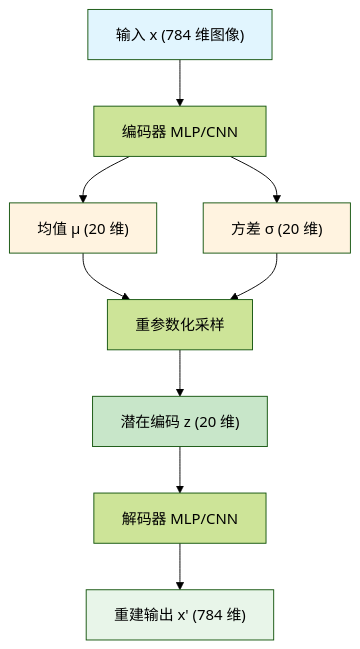
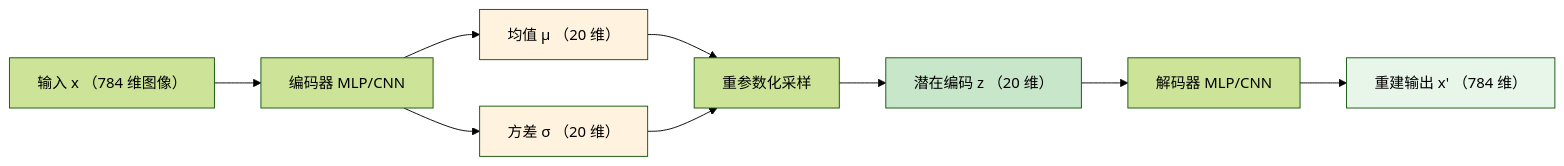
Before and after one commit to fenixsoft/dmla: the fourth of 6 diagrams in docs/deep-learning/generative-models/vae.md, drawn with Mermaid (forest theme). The commit also changed other lines of this file and 20 other files, not shown here.

````diff
--- a/docs/deep-learning/generative-models/vae.md
+++ b/docs/deep-learning/generative-models/vae.md
@@ -217,17 +125,16 @@
-```mermaid
-graph TB
-    A["输入 x (784 维图像)"] --> B["编码器 MLP/CNN"]
-    B --> C["均值 μ (20 维)"]
-    B --> D["方差 σ (20 维)"]
+```mermaid compact
+graph LR
+    A["输入 x （784 维图像）"] --> B["编码器 MLP/CNN"]
+    B --> C["均值 μ （20 维）"]
+    B --> D["方差 σ （20 维）"]
     C --> E["重参数化采样"]
     D --> E
-    E --> F["潜在编码 z (20 维)"]
+    E --> F["潜在编码 z （20 维）"]
     F --> G["解码器 MLP/CNN"]
-    G --> H["重建输出 x' (784 维)"]
+    G --> H["重建输出 x' （784 维）"]
     
-    style A fill:#e1f5fe
     style C fill:#fff3e0
     style D fill:#fff3e0
     style F fill:#c8e6c9
     style H fill:#e8f5e9
 ```
````
